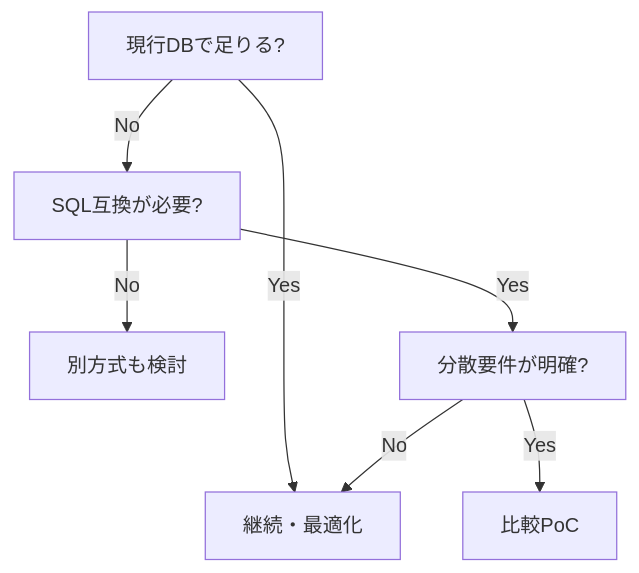
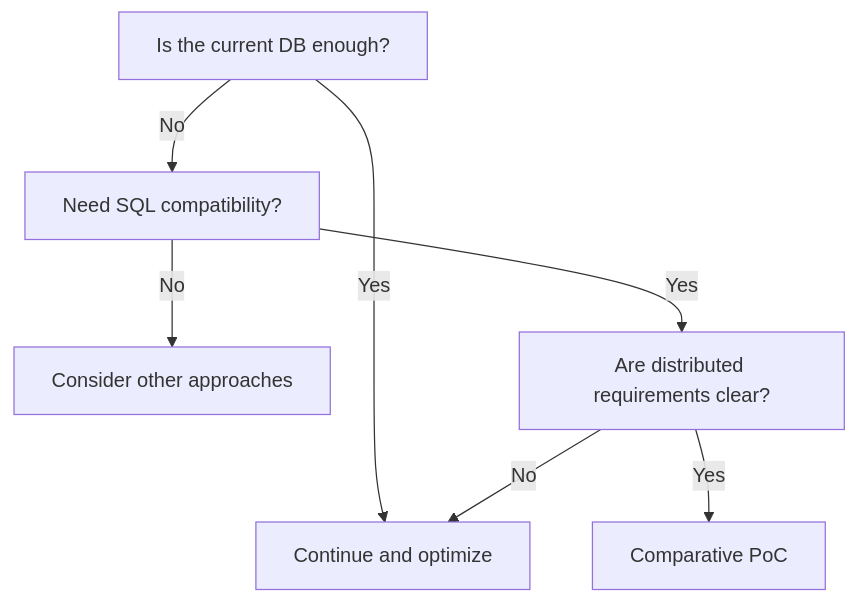
Before and after one commit to daylight55/research: the third of 3 diagrams in content/blog/en/newsql-yugabyte-brief.mdx, drawn with Mermaid. The commit also changed other lines of this file and 26 other files, not shown here.

Commit message:
Translate English Mermaid labels

````diff
--- a/content/blog/en/newsql-yugabyte-brief.mdx
+++ b/content/blog/en/newsql-yugabyte-brief.mdx
@@ -121,9 +121,9 @@
 ```mermaid
 flowchart TD
-  Q1["現行DBで足りる?"] -->|Yes| Keep["継続・最適化"]
-  Q1 -->|No| Q2["SQL互換が必要?"]
-  Q2 -->|No| Alt["別方式も検討"]
-  Q2 -->|Yes| Q3["分散要件が明確?"]
-  Q3 -->|Yes| PoC["比較PoC"]
+  Q1["Is the current DB enough?"] -->|Yes| Keep["Continue and optimize"]
+  Q1 -->|No| Q2["Need SQL compatibility?"]
+  Q2 -->|No| Alt["Consider other approaches"]
+  Q2 -->|Yes| Q3["Are distributed requirements clear?"]
+  Q3 -->|Yes| PoC["Comparative PoC"]
   Q3 -->|No| Keep
 ```
````
